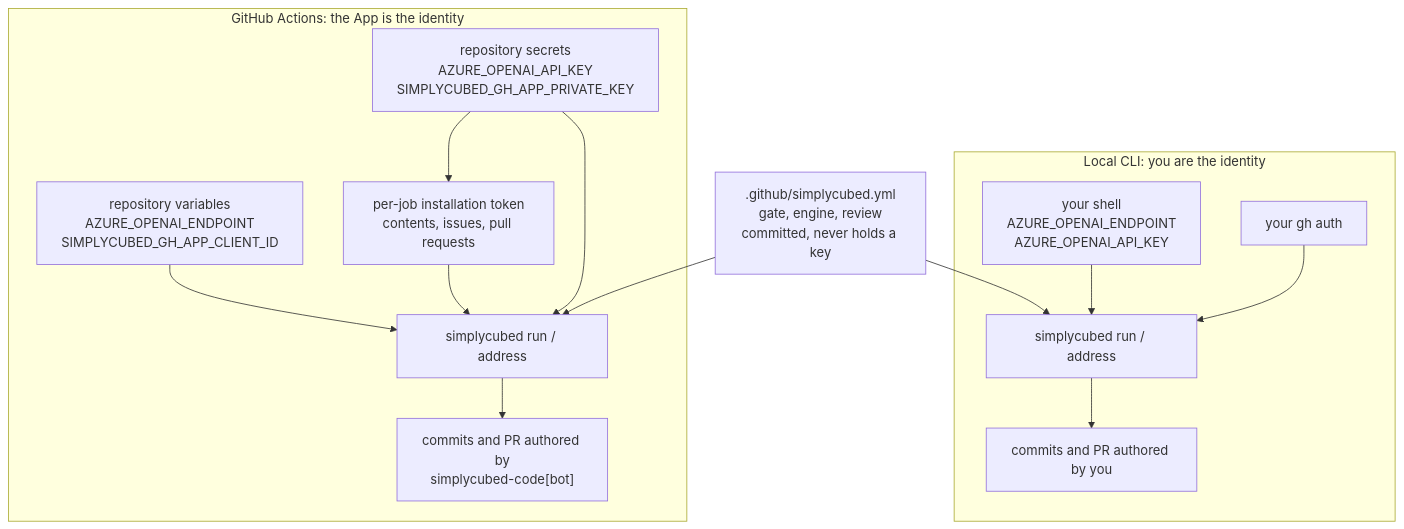
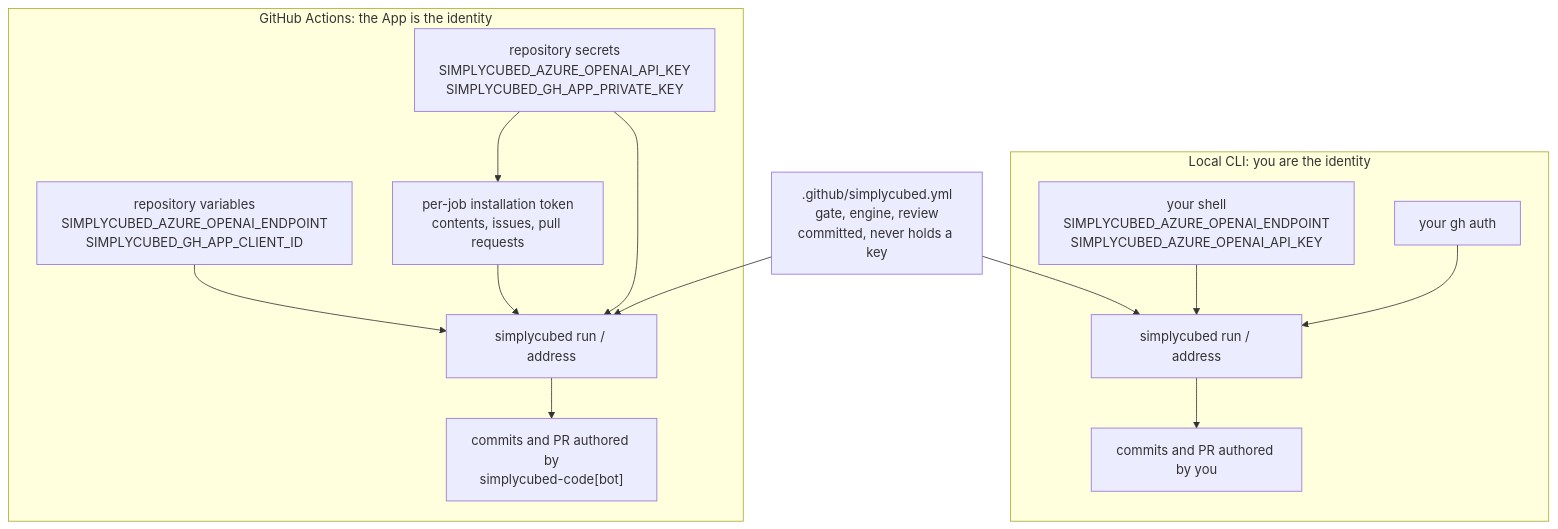
One commit to simplycubed/code changed the diagram in docs/setup.md. Above: the diagram before and after it, drawn with Mermaid. The commit also changed other lines of this file and 11 other files, not shown here.

````diff
--- a/docs/setup.md
+++ b/docs/setup.md
@@ -137,30 +137,30 @@
 ```mermaid
 flowchart TB
     cfg[".github/simplycubed.yml<br/>gate, engine, review<br/>committed, never holds a key"]
 
     subgraph local["Local CLI: you are the identity"]
-        L1["your shell<br/>AZURE_OPENAI_ENDPOINT<br/>AZURE_OPENAI_API_KEY"]
+        L1["your shell<br/>SIMPLYCUBED_AZURE_OPENAI_ENDPOINT<br/>SIMPLYCUBED_AZURE_OPENAI_API_KEY"]
         L2["your gh auth"]
         L3["simplycubed run / address"]
         L4["commits and PR authored by you"]
         L1 --> L3
         L2 --> L3
         L3 --> L4
     end
 
     subgraph actions["GitHub Actions: the App is the identity"]
-        A1["repository variables<br/>AZURE_OPENAI_ENDPOINT<br/>SIMPLYCUBED_GH_APP_CLIENT_ID"]
-        A2["repository secrets<br/>AZURE_OPENAI_API_KEY<br/>SIMPLYCUBED_GH_APP_PRIVATE_KEY"]
+        A1["repository variables<br/>SIMPLYCUBED_AZURE_OPENAI_ENDPOINT<br/>SIMPLYCUBED_GH_APP_CLIENT_ID"]
+        A2["repository secrets<br/>SIMPLYCUBED_AZURE_OPENAI_API_KEY<br/>SIMPLYCUBED_GH_APP_PRIVATE_KEY"]
         A3["per-job installation token<br/>contents, issues, pull requests"]
         A4["simplycubed run / address"]
         A5["commits and PR authored by<br/>simplycubed-code[bot]"]
         A2 --> A3
         A1 --> A4
         A2 --> A4
         A3 --> A4
         A4 --> A5
     end
 
     cfg --> L3
     cfg --> A4
 ```
````
